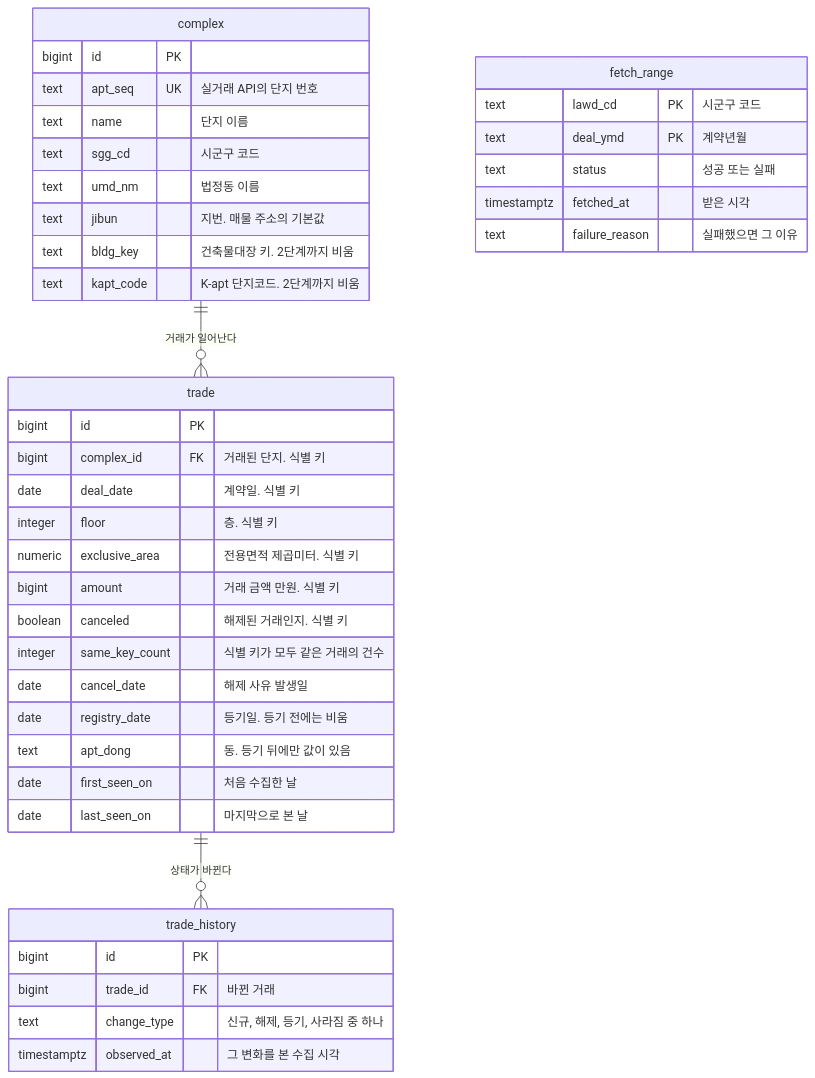
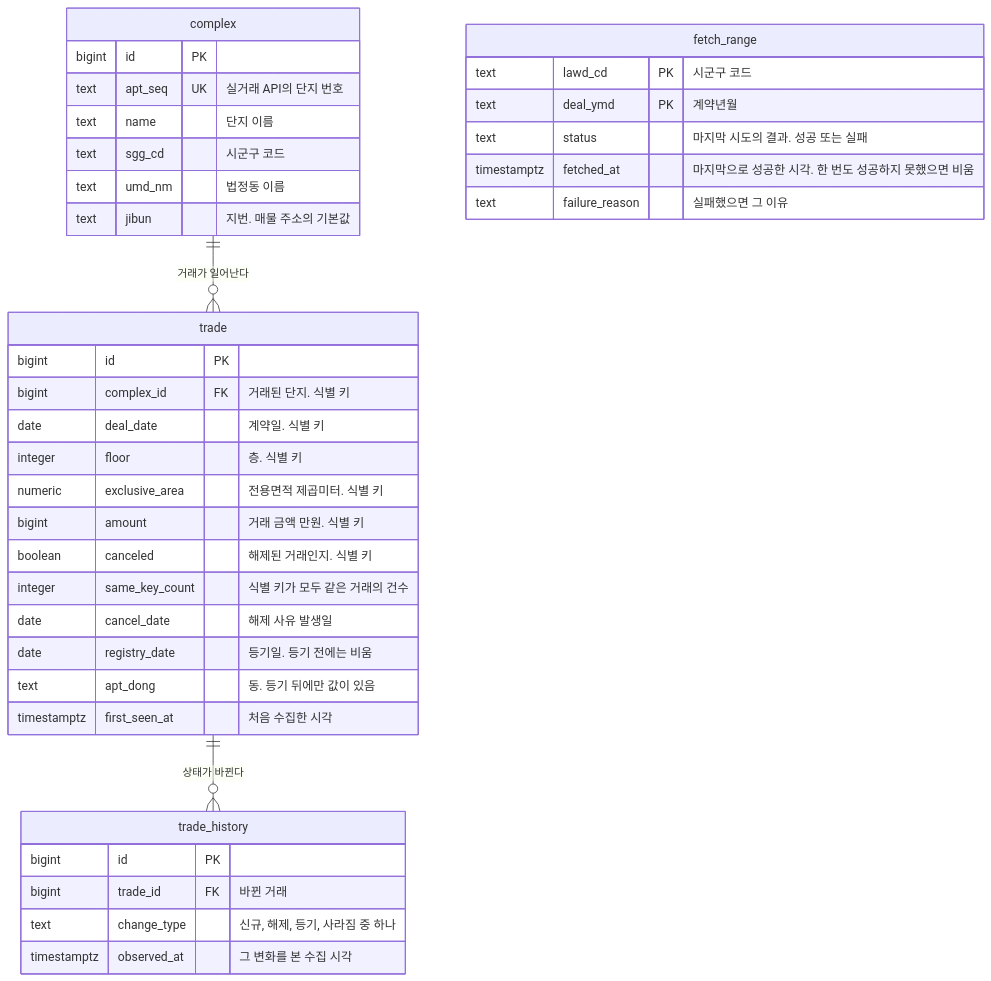
One commit to Park-Seung-Hun/real-estate changed the second of 4 diagrams in docs/architecture/data-model.md. Above: the diagram before and after it, drawn with Mermaid. The commit also changed other lines of this file and 7 other files, not shown here.

````diff
--- a/docs/architecture/data-model.md
+++ b/docs/architecture/data-model.md
@@ -178,43 +173,40 @@
 ```mermaid
 erDiagram
   complex {
     bigint id PK
     text apt_seq UK "실거래 API의 단지 번호"
     text name "단지 이름"
     text sgg_cd "시군구 코드"
     text umd_nm "법정동 이름"
     text jibun "지번. 매물 주소의 기본값"
-    text bldg_key "건축물대장 키. 2단계까지 비움"
-    text kapt_code "K-apt 단지코드. 2단계까지 비움"
   }
   trade {
     bigint id PK
     bigint complex_id FK "거래된 단지. 식별 키"
     date deal_date "계약일. 식별 키"
     integer floor "층. 식별 키"
     numeric exclusive_area "전용면적 제곱미터. 식별 키"
     bigint amount "거래 금액 만원. 식별 키"
     boolean canceled "해제된 거래인지. 식별 키"
     integer same_key_count "식별 키가 모두 같은 거래의 건수"
     date cancel_date "해제 사유 발생일"
     date registry_date "등기일. 등기 전에는 비움"
     text apt_dong "동. 등기 뒤에만 값이 있음"
-    date first_seen_on "처음 수집한 날"
-    date last_seen_on "마지막으로 본 날"
+    timestamptz first_seen_at "처음 수집한 시각"
   }
   trade_history {
     bigint id PK
     bigint trade_id FK "바뀐 거래"
     text change_type "신규, 해제, 등기, 사라짐 중 하나"
     timestamptz observed_at "그 변화를 본 수집 시각"
   }
   fetch_range {
     text lawd_cd PK "시군구 코드"
     text deal_ymd PK "계약년월"
-    text status "성공 또는 실패"
-    timestamptz fetched_at "받은 시각"
+    text status "마지막 시도의 결과. 성공 또는 실패"
+    timestamptz fetched_at "마지막으로 성공한 시각. 한 번도 성공하지 못했으면 비움"
     text failure_reason "실패했으면 그 이유"
   }
   complex ||--o{ trade : "거래가 일어난다"
   trade ||--o{ trade_history : "상태가 바뀐다"
 ```
````
